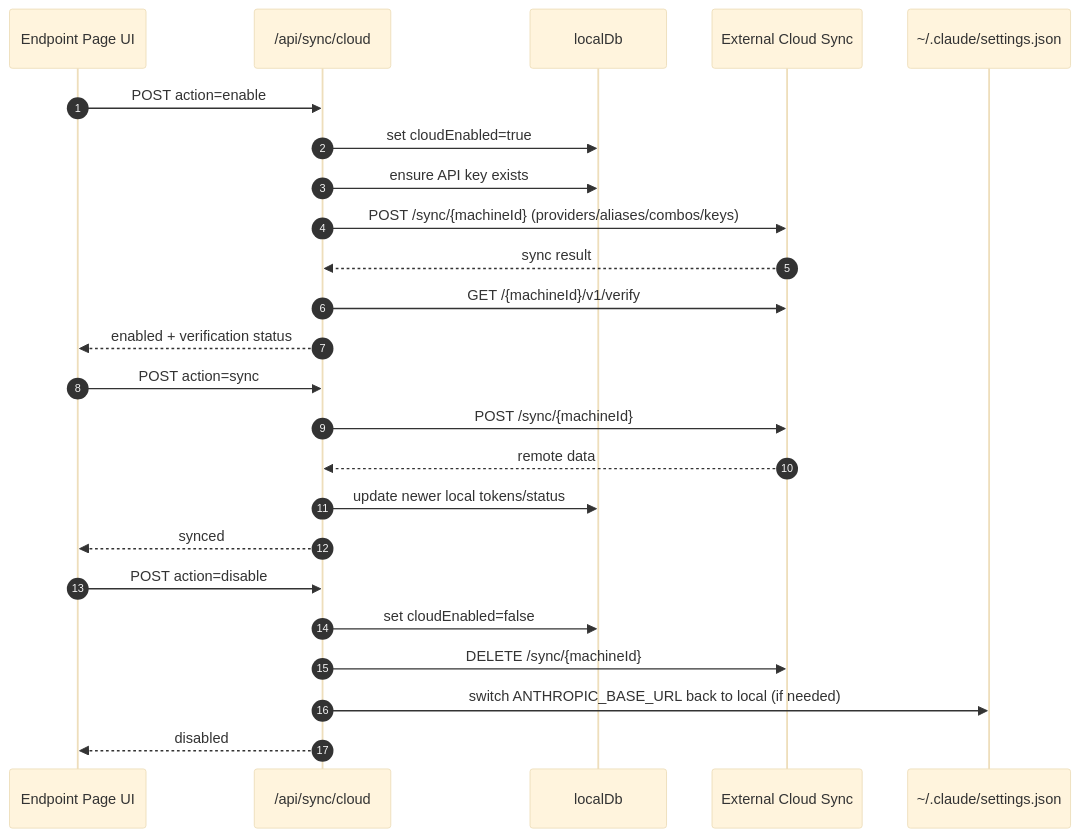
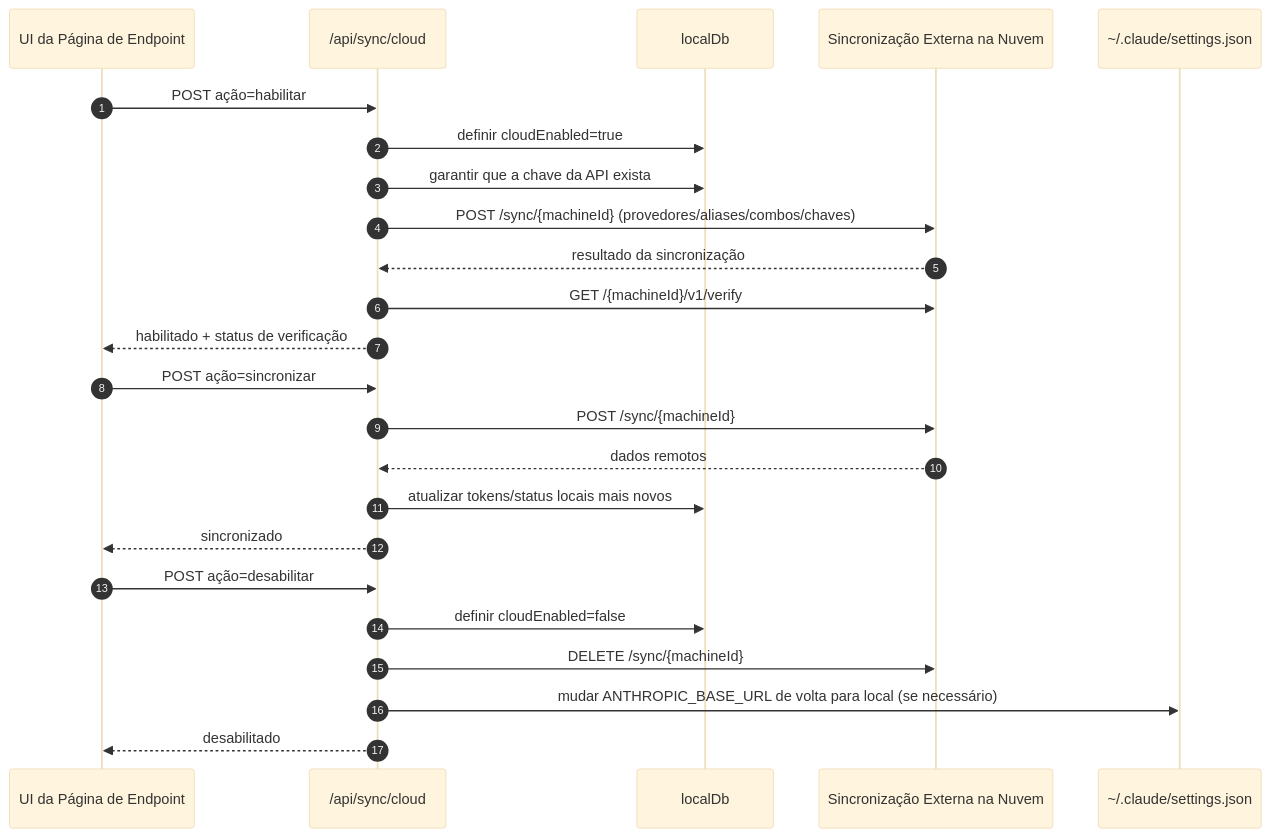
Before and after one commit to innotelinc/jesus: the fifth of 7 diagrams in apps/omniroute/docs/i18n/pt-BR/docs/architecture/ARCHITECTURE.md, drawn with Mermaid (base theme). The commit also changed other lines of this file and 3 other files, not shown here.

````diff
--- a/apps/omniroute/docs/i18n/pt-BR/docs/architecture/ARCHITECTURE.md
+++ b/apps/omniroute/docs/i18n/pt-BR/docs/architecture/ARCHITECTURE.md
@@ -441,29 +640,29 @@
 ```mermaid
 sequenceDiagram
     autonumber
-    participant UI as Endpoint Page UI
+    participant UI as UI da Página de Endpoint
     participant Sync as /api/sync/cloud
     participant DB as localDb
-    participant Cloud as External Cloud Sync
+    participant Cloud as Sincronização Externa na Nuvem
     participant Claude as ~/.claude/settings.json
 
-    UI->>Sync: POST action=enable
-    Sync->>DB: set cloudEnabled=true
-    Sync->>DB: ensure API key exists
-    Sync->>Cloud: POST /sync/{machineId} (providers/aliases/combos/keys)
-    Cloud-->>Sync: sync result
+    UI->>Sync: POST ação=habilitar
+    Sync->>DB: definir cloudEnabled=true
+    Sync->>DB: garantir que a chave da API exista
+    Sync->>Cloud: POST /sync/{machineId} (provedores/aliases/combos/chaves)
+    Cloud-->>Sync: resultado da sincronização
     Sync->>Cloud: GET /{machineId}/v1/verify
-    Sync-->>UI: enabled + verification status
+    Sync-->>UI: habilitado + status de verificação
 
-    UI->>Sync: POST action=sync
+    UI->>Sync: POST ação=sincronizar
     Sync->>Cloud: POST /sync/{machineId}
-    Cloud-->>Sync: remote data
-    Sync->>DB: update newer local tokens/status
-    Sync-->>UI: synced
+    Cloud-->>Sync: dados remotos
+    Sync->>DB: atualizar tokens/status locais mais novos
+    Sync-->>UI: sincronizado
 
-    UI->>Sync: POST action=disable
-    Sync->>DB: set cloudEnabled=false
+    UI->>Sync: POST ação=desabilitar
+    Sync->>DB: definir cloudEnabled=false
     Sync->>Cloud: DELETE /sync/{machineId}
-    Sync->>Claude: switch ANTHROPIC_BASE_URL back to local (if needed)
-    Sync-->>UI: disabled
+    Sync->>Claude: mudar ANTHROPIC_BASE_URL de volta para local (se necessário)
+    Sync-->>UI: desabilitado
 ```
````
